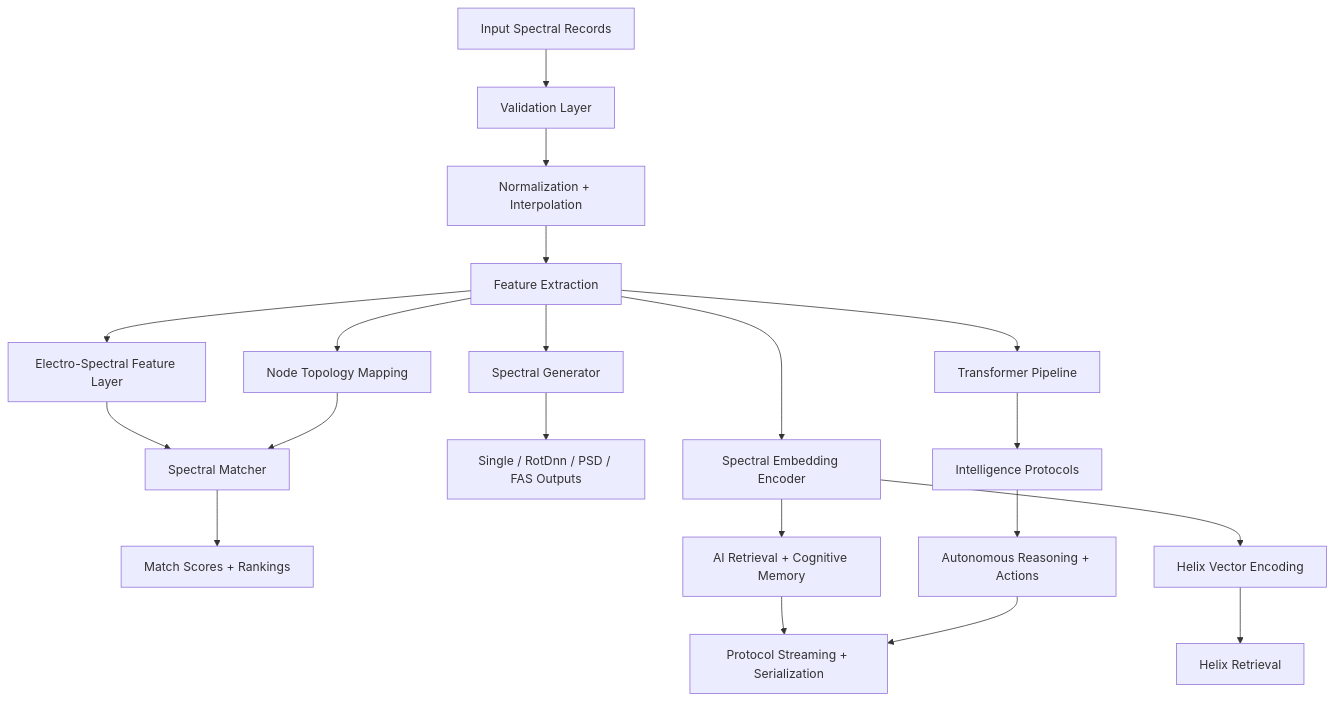
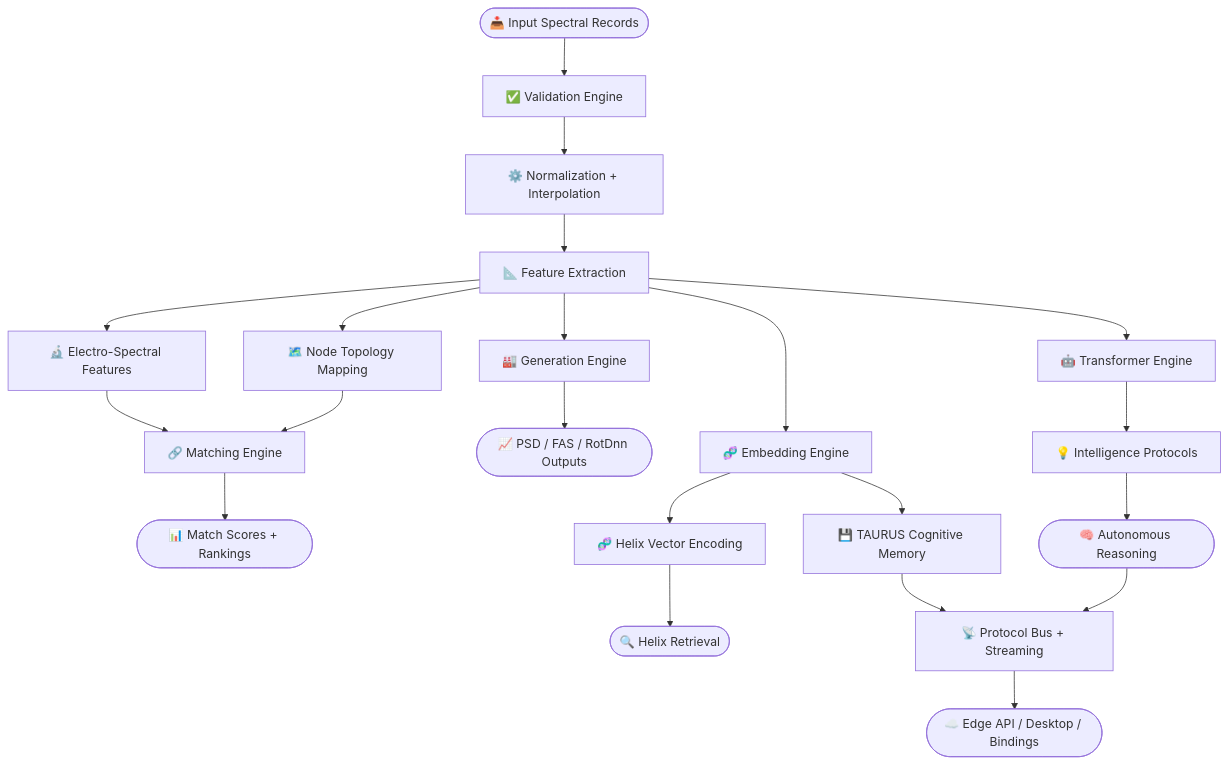
One commit to FreddyCreates/Multi-Element-Spectral-Intelligence-Engine-MESIE- changed the diagram in README.md. Above: the diagram before and after it, drawn with Mermaid. The commit also changed other lines of this file, not shown here.

````diff
--- a/README.md
+++ b/README.md
@@ -108,22 +535,28 @@
 ```mermaid
 flowchart TD
-    A[Input Spectral Records] --> B[Validation Layer]
-    B --> C[Normalization + Interpolation]
-    C --> D[Feature Extraction]
-    D --> E[Electro-Spectral Feature Layer]
-    D --> F[Node Topology Mapping]
-    E --> G[Spectral Matcher]
+    A([📥 Input Spectral Records]) --> B[✅ Validation Engine]
+    B --> C[⚙️ Normalization + Interpolation]
+    C --> D[📐 Feature Extraction]
+
+    D --> E[🔬 Electro-Spectral Features]
+    D --> F[🗺️ Node Topology Mapping]
+    E --> G[🔗 Matching Engine]
     F --> G
-    G --> H[Match Scores + Rankings]
-    D --> I[Spectral Generator]
-    I --> J[Single / RotDnn / PSD / FAS Outputs]
-    D --> K[Spectral Embedding Encoder]
-    K --> L[AI Retrieval + Cognitive Memory]
-    D --> M[Transformer Pipeline]
-    M --> N[Intelligence Protocols]
-    N --> O[Autonomous Reasoning + Actions]
-    K --> P[Helix Vector Encoding]
-    P --> Q[Helix Retrieval]
-    L --> R[Protocol Streaming + Serialization]
+    G --> H([📊 Match Scores + Rankings])
+
+    D --> I[🏭 Generation Engine]
+    I --> J([📈 PSD / FAS / RotDnn Outputs])
+
+    D --> K[🧬 Embedding Engine]
+    K --> L[💾 TAURUS Cognitive Memory]
+    K --> P[🧬 Helix Vector Encoding]
+    P --> Q([🔍 Helix Retrieval])
+
+    D --> M[🤖 Transformer Engine]
+    M --> N[💡 Intelligence Protocols]
+    N --> O([🧠 Autonomous Reasoning])
+
+    L --> R[📡 Protocol Bus + Streaming]
     O --> R
+    R --> S([☁️ Edge API / Desktop / Bindings])
 ```
````
